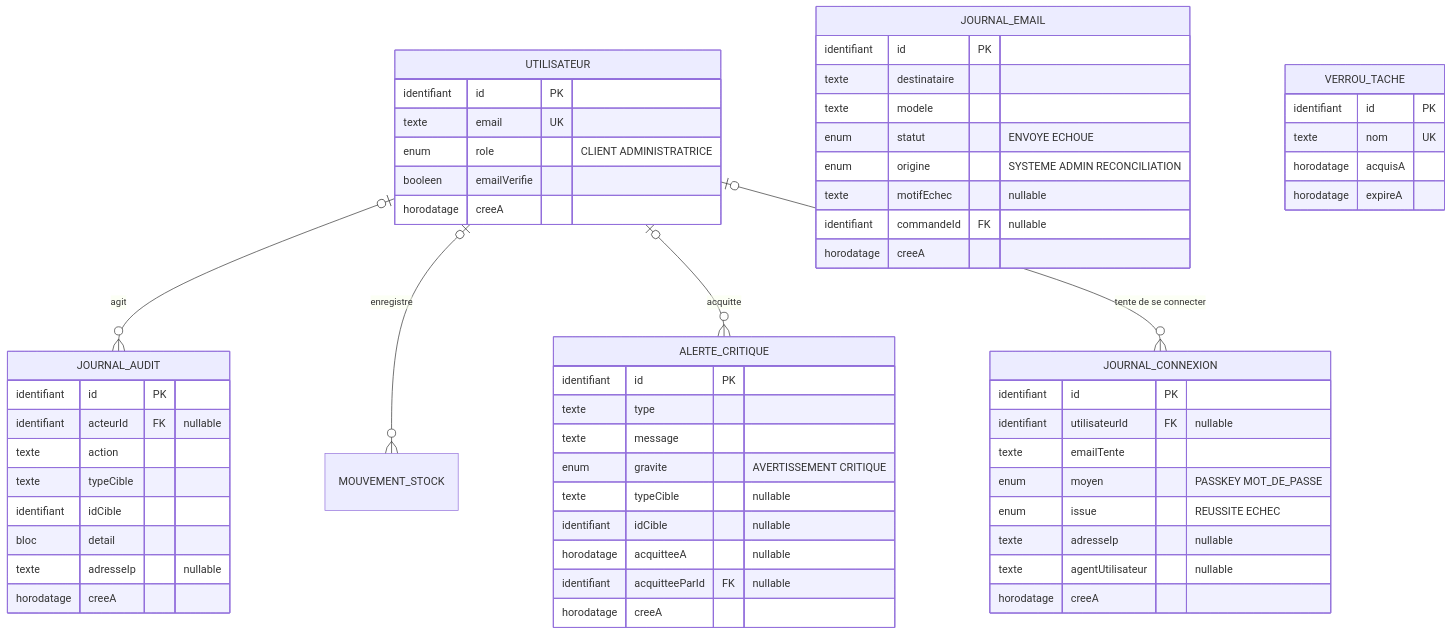
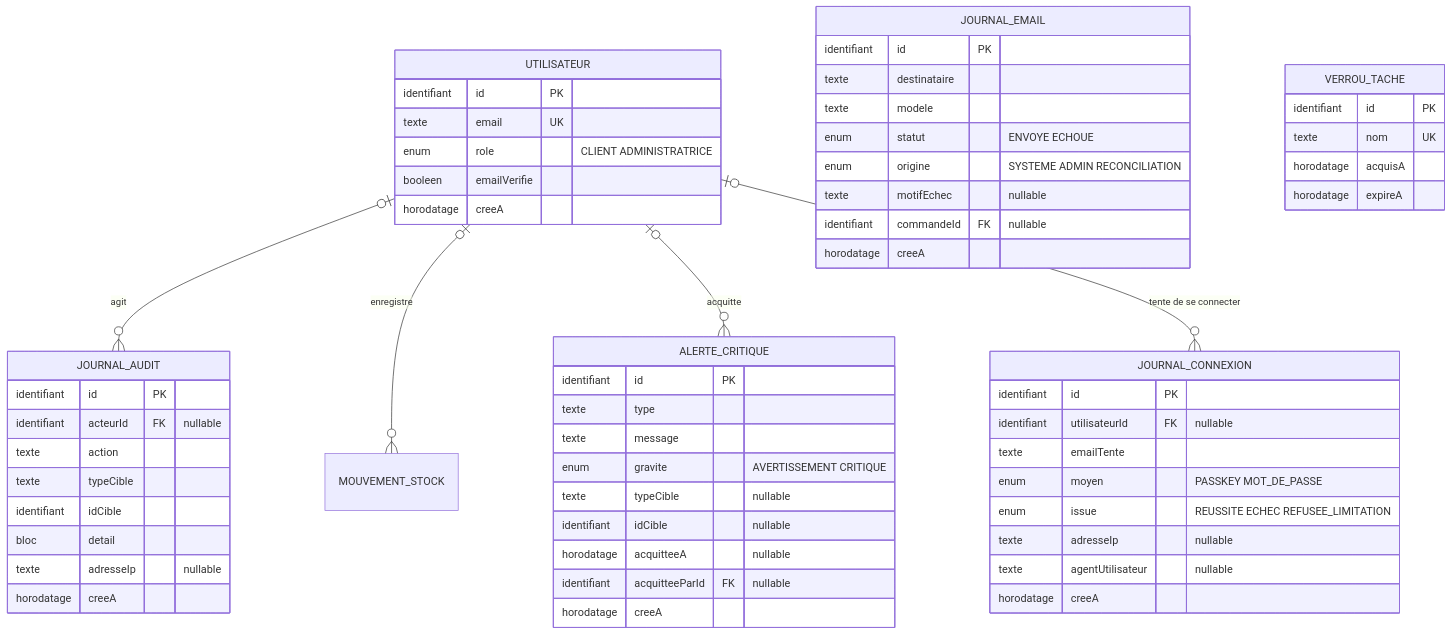
Before and after one commit to krismos64/lune-soleil: the ninth of 9 diagrams in docs/architecture/MODELE-CONCEPTUEL.md, drawn with Mermaid. The commit also changed 8 other files, not shown here.

````diff
--- a/docs/architecture/MODELE-CONCEPTUEL.md
+++ b/docs/architecture/MODELE-CONCEPTUEL.md
@@ -1357,62 +1357,62 @@
 ```mermaid
 erDiagram
     UTILISATEUR |o--o{ JOURNAL_AUDIT : "agit"
     UTILISATEUR |o--o{ MOUVEMENT_STOCK : "enregistre"
     UTILISATEUR |o--o{ ALERTE_CRITIQUE : "acquitte"
     UTILISATEUR |o--o{ JOURNAL_CONNEXION : "tente de se connecter"
 
     UTILISATEUR {
         identifiant id PK
         texte email UK
         enum role "CLIENT ADMINISTRATRICE"
         booleen emailVerifie
         horodatage creeA
     }
     JOURNAL_AUDIT {
         identifiant id PK
         identifiant acteurId FK "nullable"
         texte action
         texte typeCible
         identifiant idCible
         bloc detail
         texte adresseIp "nullable"
         horodatage creeA
     }
     JOURNAL_EMAIL {
         identifiant id PK
         texte destinataire
         texte modele
         enum statut "ENVOYE ECHOUE"
         enum origine "SYSTEME ADMIN RECONCILIATION"
         texte motifEchec "nullable"
         identifiant commandeId FK "nullable"
         horodatage creeA
     }
     ALERTE_CRITIQUE {
         identifiant id PK
         texte type
         texte message
         enum gravite "AVERTISSEMENT CRITIQUE"
         texte typeCible "nullable"
         identifiant idCible "nullable"
         horodatage acquitteeA "nullable"
         identifiant acquitteeParId FK "nullable"
         horodatage creeA
     }
     JOURNAL_CONNEXION {
         identifiant id PK
         identifiant utilisateurId FK "nullable"
         texte emailTente
         enum moyen "PASSKEY MOT_DE_PASSE"
-        enum issue "REUSSITE ECHEC"
+        enum issue "REUSSITE ECHEC REFUSEE_LIMITATION"
         texte adresseIp "nullable"
         texte agentUtilisateur "nullable"
         horodatage creeA
     }
     VERROU_TACHE {
         identifiant id PK
         texte nom UK
         horodatage acquisA
         horodatage expireA
     }
 ```
````
